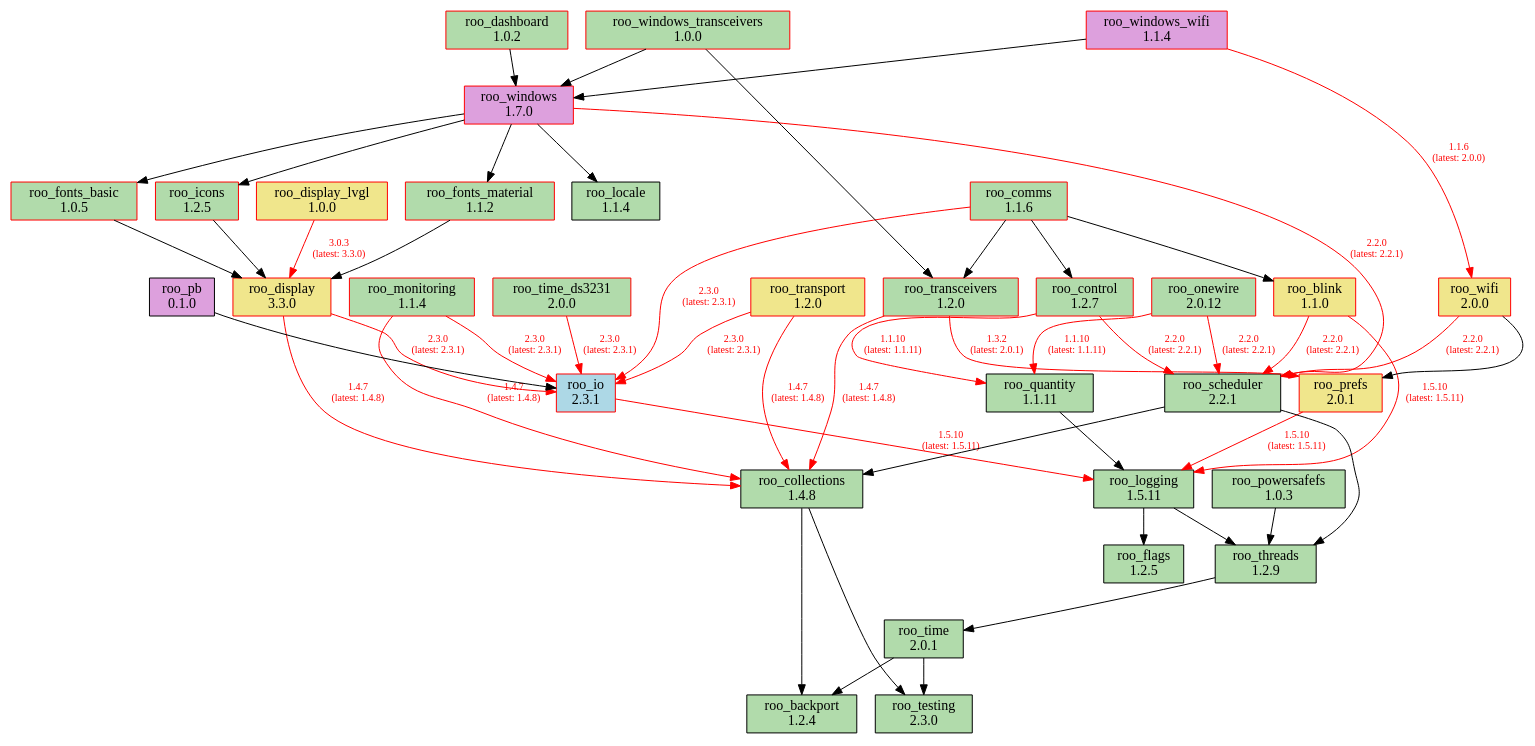
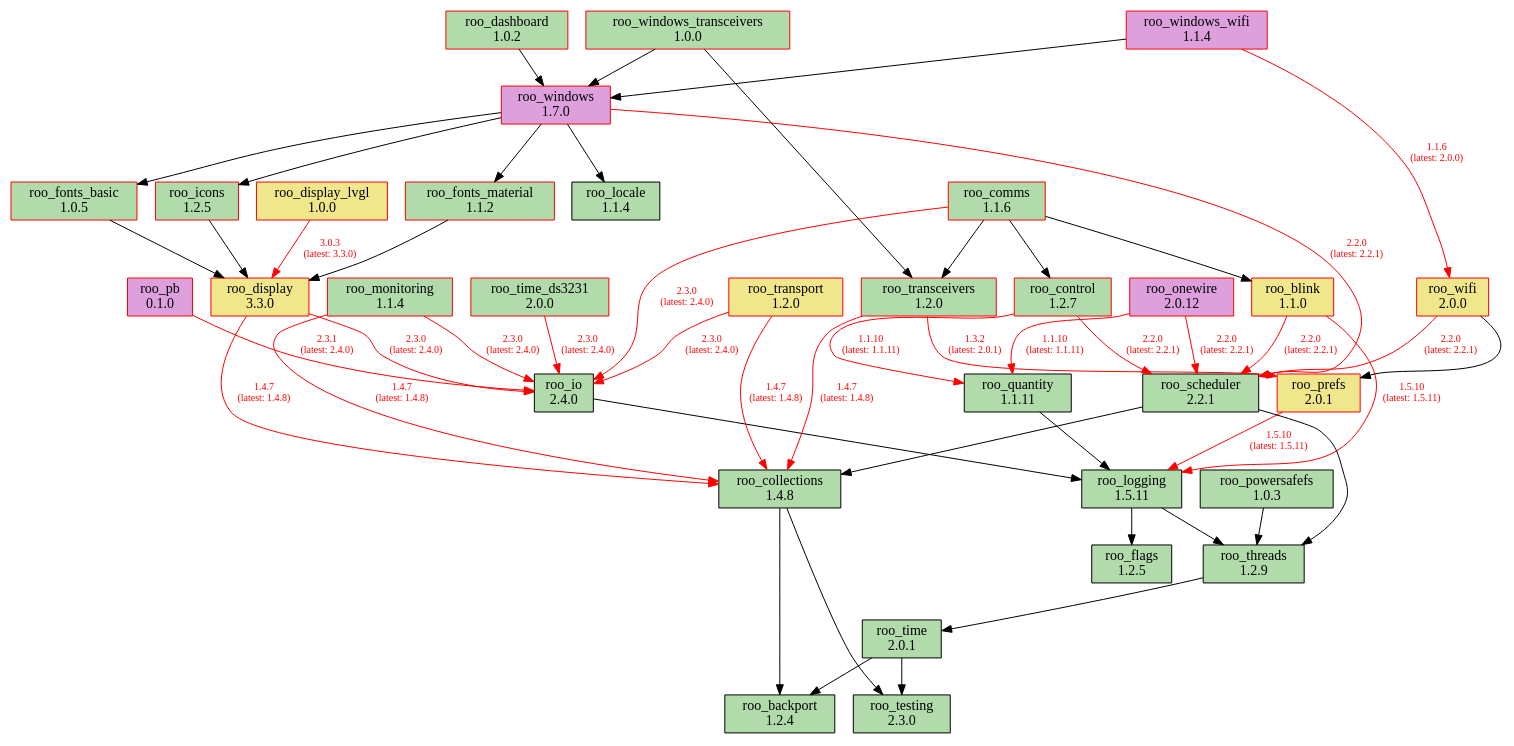
Before and after one commit to dejwk/roo-registry: the diagram in doc/dependencies.dot, drawn with Graphviz. The commit also changed 3 other files, not shown here.

```diff
--- a/doc/dependencies.dot
+++ b/doc/dependencies.dot
@@ -1,90 +1,90 @@
 digraph dependencies {
     rankdir=TB;
     node [shape=box, style=filled];
     edge [fontsize=10];
 
     // Modules
     "roo_backport" [label="roo_backport\n1.2.4", fillcolor="#b1dbab", color="black"];
     "roo_blink" [label="roo_blink\n1.1.0", fillcolor="khaki", color="red"];
     "roo_collections" [label="roo_collections\n1.4.8", fillcolor="#b1dbab", color="black"];
     "roo_comms" [label="roo_comms\n1.1.6", fillcolor="#b1dbab", color="red"];
     "roo_control" [label="roo_control\n1.2.7", fillcolor="#b1dbab", color="red"];
     "roo_dashboard" [label="roo_dashboard\n1.0.2", fillcolor="#b1dbab", color="red"];
     "roo_display" [label="roo_display\n3.3.0", fillcolor="khaki", color="red"];
     "roo_display_lvgl" [label="roo_display_lvgl\n1.0.0", fillcolor="khaki", color="red"];
     "roo_flags" [label="roo_flags\n1.2.5", fillcolor="#b1dbab", color="black"];
     "roo_fonts_basic" [label="roo_fonts_basic\n1.0.5", fillcolor="#b1dbab", color="red"];
     "roo_fonts_material" [label="roo_fonts_material\n1.1.2", fillcolor="#b1dbab", color="red"];
     "roo_icons" [label="roo_icons\n1.2.5", fillcolor="#b1dbab", color="red"];
-    "roo_io" [label="roo_io\n2.3.1", fillcolor="lightblue", color="red"];
+    "roo_io" [label="roo_io\n2.4.0", fillcolor="#b1dbab", color="black"];
     "roo_locale" [label="roo_locale\n1.1.4", fillcolor="#b1dbab", color="black"];
     "roo_logging" [label="roo_logging\n1.5.11", fillcolor="#b1dbab", color="black"];
     "roo_monitoring" [label="roo_monitoring\n1.1.4", fillcolor="#b1dbab", color="red"];
-    "roo_onewire" [label="roo_onewire\n2.0.12", fillcolor="#b1dbab", color="red"];
-    "roo_pb" [label="roo_pb\n0.1.0", fillcolor="plum", color="black"];
+    "roo_onewire" [label="roo_onewire\n2.0.12", fillcolor="plum", color="red"];
+    "roo_pb" [label="roo_pb\n0.1.0", fillcolor="plum", color="red"];
     "roo_powersafefs" [label="roo_powersafefs\n1.0.3", fillcolor="#b1dbab", color="black"];
     "roo_prefs" [label="roo_prefs\n2.0.1", fillcolor="khaki", color="red"];
     "roo_quantity" [label="roo_quantity\n1.1.11", fillcolor="#b1dbab", color="black"];
     "roo_scheduler" [label="roo_scheduler\n2.2.1", fillcolor="#b1dbab", color="black"];
     "roo_testing" [label="roo_testing\n2.3.0", fillcolor="#b1dbab", color="black"];
     "roo_threads" [label="roo_threads\n1.2.9", fillcolor="#b1dbab", color="black"];
     "roo_time" [label="roo_time\n2.0.1", fillcolor="#b1dbab", color="black"];
     "roo_time_ds3231" [label="roo_time_ds3231\n2.0.0", fillcolor="#b1dbab", color="red"];
     "roo_transceivers" [label="roo_transceivers\n1.2.0", fillcolor="#b1dbab", color="red"];
     "roo_transport" [label="roo_transport\n1.2.0", fillcolor="khaki", color="red"];
     "roo_wifi" [label="roo_wifi\n2.0.0", fillcolor="khaki", color="red"];
     "roo_windows" [label="roo_windows\n1.7.0", fillcolor="plum", color="red"];
     "roo_windows_transceivers" [label="roo_windows_transceivers\n1.0.0", fillcolor="#b1dbab", color="red"];
     "roo_windows_wifi" [label="roo_windows_wifi\n1.1.4", fillcolor="plum", color="red"];
 
     // Dependencies
     "roo_blink" -> "roo_logging" [color=red, fontcolor=red, label="1.5.10\n(latest: 1.5.11)"];
     "roo_blink" -> "roo_scheduler" [color=red, fontcolor=red, label="2.2.0\n(latest: 2.2.1)"];
     "roo_collections" -> "roo_testing";
     "roo_collections" -> "roo_backport";
     "roo_comms" -> "roo_blink";
     "roo_comms" -> "roo_control";
-    "roo_comms" -> "roo_io" [color=red, fontcolor=red, label="2.3.0\n(latest: 2.3.1)"];
+    "roo_comms" -> "roo_io" [color=red, fontcolor=red, label="2.3.0\n(latest: 2.4.0)"];
     "roo_comms" -> "roo_transceivers";
     "roo_control" -> "roo_quantity" [color=red, fontcolor=red, label="1.1.10\n(latest: 1.1.11)"];
     "roo_control" -> "roo_scheduler" [color=red, fontcolor=red, label="2.2.0\n(latest: 2.2.1)"];
     "roo_dashboard" -> "roo_windows";
     "roo_display" -> "roo_collections" [color=red, fontcolor=red, label="1.4.7\n(latest: 1.4.8)"];
-    "roo_display" -> "roo_io" [color=red, fontcolor=red, label="2.3.0\n(latest: 2.3.1)"];
+    "roo_display" -> "roo_io" [color=red, fontcolor=red, label="2.3.0\n(latest: 2.4.0)"];
     "roo_display_lvgl" -> "roo_display" [color=red, fontcolor=red, label="3.0.3\n(latest: 3.3.0)"];
     "roo_fonts_basic" -> "roo_display";
     "roo_fonts_material" -> "roo_display";
     "roo_icons" -> "roo_display";
-    "roo_io" -> "roo_logging" [color=red, fontcolor=red, label="1.5.10\n(latest: 1.5.11)"];
+    "roo_io" -> "roo_logging";
     "roo_logging" -> "roo_flags";
     "roo_logging" -> "roo_threads";
     "roo_monitoring" -> "roo_collections" [color=red, fontcolor=red, label="1.4.7\n(latest: 1.4.8)"];
-    "roo_monitoring" -> "roo_io" [color=red, fontcolor=red, label="2.3.0\n(latest: 2.3.1)"];
+    "roo_monitoring" -> "roo_io" [color=red, fontcolor=red, label="2.3.0\n(latest: 2.4.0)"];
     "roo_onewire" -> "roo_scheduler" [color=red, fontcolor=red, label="2.2.0\n(latest: 2.2.1)"];
     "roo_onewire" -> "roo_quantity" [color=red, fontcolor=red, label="1.1.10\n(latest: 1.1.11)"];
-    "roo_pb" -> "roo_io";
+    "roo_pb" -> "roo_io" [color=red, fontcolor=red, label="2.3.1\n(latest: 2.4.0)"];
     "roo_powersafefs" -> "roo_threads";
     "roo_prefs" -> "roo_logging" [color=red, fontcolor=red, label="1.5.10\n(latest: 1.5.11)"];
     "roo_quantity" -> "roo_logging";
     "roo_scheduler" -> "roo_collections";
     "roo_scheduler" -> "roo_threads";
     "roo_threads" -> "roo_time";
     "roo_time" -> "roo_testing";
     "roo_time" -> "roo_backport";
-    "roo_time_ds3231" -> "roo_io" [color=red, fontcolor=red, label="2.3.0\n(latest: 2.3.1)"];
+    "roo_time_ds3231" -> "roo_io" [color=red, fontcolor=red, label="2.3.0\n(latest: 2.4.0)"];
     "roo_transceivers" -> "roo_collections" [color=red, fontcolor=red, label="1.4.7\n(latest: 1.4.8)"];
     "roo_transceivers" -> "roo_prefs" [color=red, fontcolor=red, label="1.3.2\n(latest: 2.0.1)"];
     "roo_transport" -> "roo_collections" [color=red, fontcolor=red, label="1.4.7\n(latest: 1.4.8)"];
-    "roo_transport" -> "roo_io" [color=red, fontcolor=red, label="2.3.0\n(latest: 2.3.1)"];
+    "roo_transport" -> "roo_io" [color=red, fontcolor=red, label="2.3.0\n(latest: 2.4.0)"];
     "roo_wifi" -> "roo_prefs";
     "roo_wifi" -> "roo_scheduler" [color=red, fontcolor=red, label="2.2.0\n(latest: 2.2.1)"];
     "roo_windows" -> "roo_fonts_basic";
     "roo_windows" -> "roo_fonts_material";
     "roo_windows" -> "roo_locale";
     "roo_windows" -> "roo_icons";
     "roo_windows" -> "roo_scheduler" [color=red, fontcolor=red, label="2.2.0\n(latest: 2.2.1)"];
     "roo_windows_transceivers" -> "roo_transceivers";
     "roo_windows_transceivers" -> "roo_windows";
     "roo_windows_wifi" -> "roo_wifi" [color=red, fontcolor=red, label="1.1.6\n(latest: 2.0.0)"];
     "roo_windows_wifi" -> "roo_windows";
 }
```
